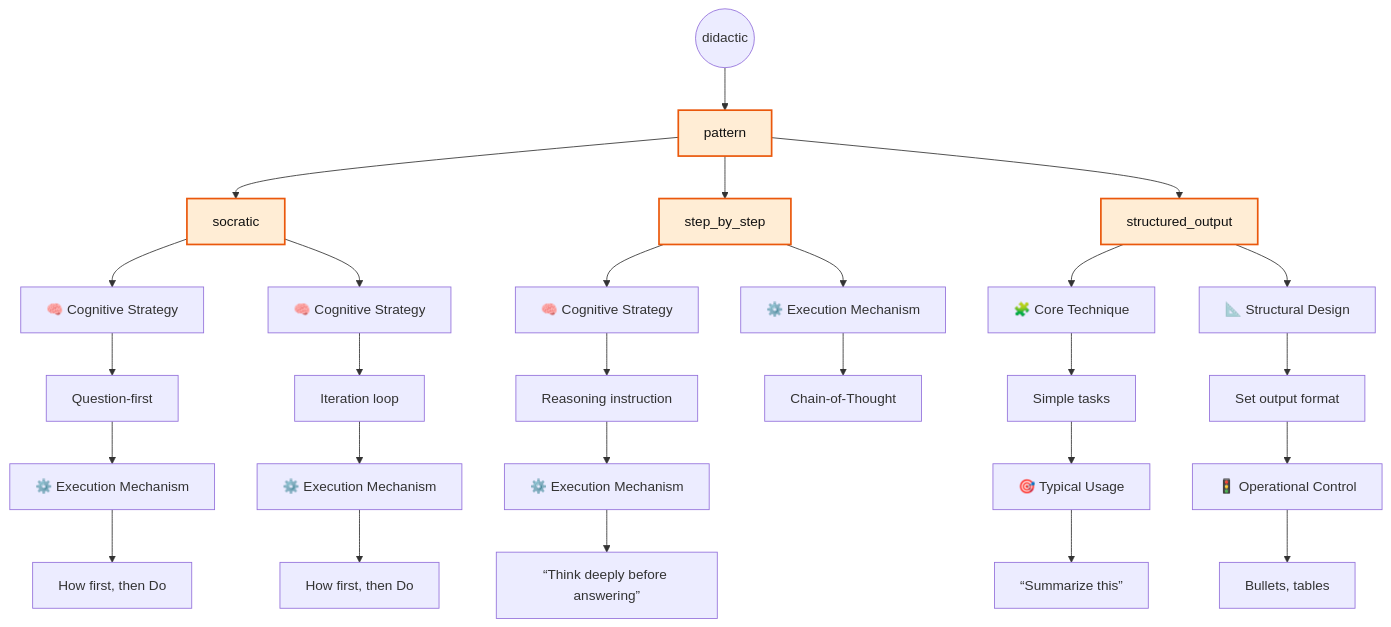
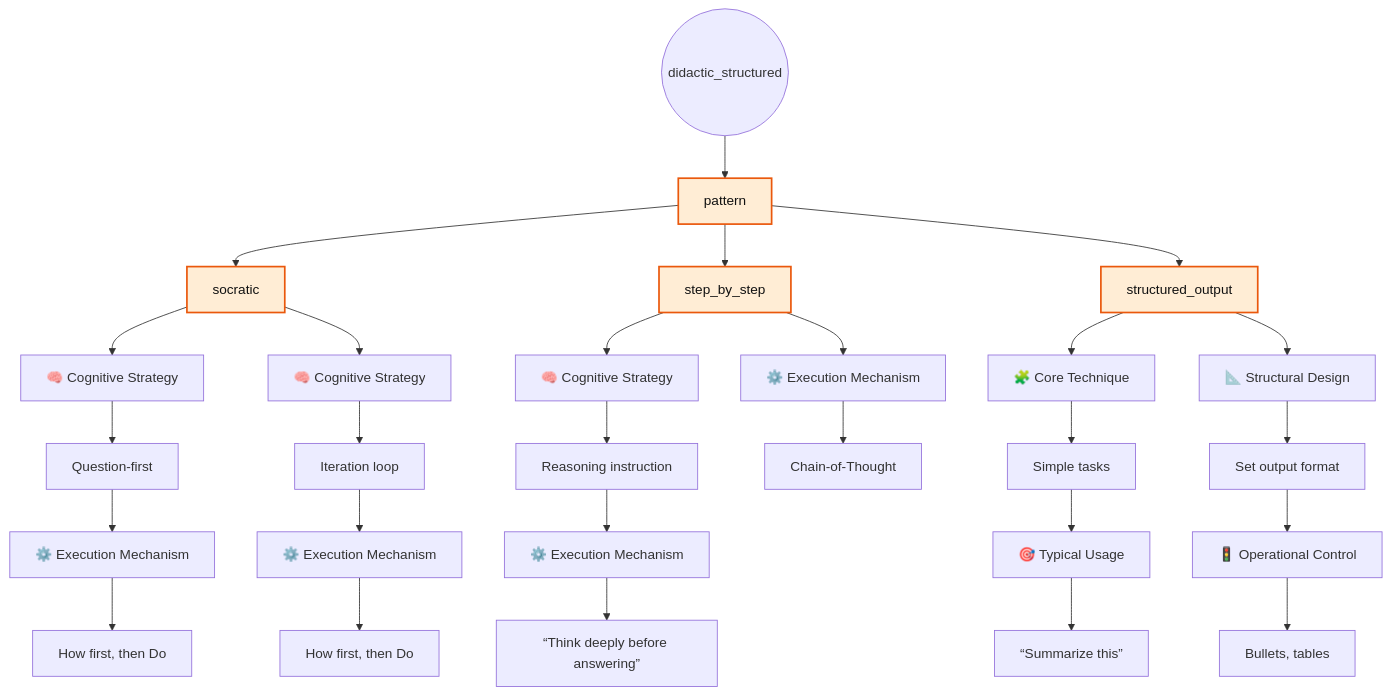
Before and after one commit to perfectCoder-dev/Ai-promt-en: the second of 2 diagrams in docs/prompts/pattern_groups/default_pattern_groups.md, drawn with Mermaid.

Commit message:
Correct main node name.

````diff
--- a/docs/prompts/pattern_groups/default_pattern_groups.md
+++ b/docs/prompts/pattern_groups/default_pattern_groups.md
@@ -112,44 +112,44 @@
 ```mermaid
 flowchart TD
 
-A((didactic))
+A((didactic_structured))
 
 A --> B[pattern]
 B --> C[socratic]
 C --> D[🧠 Cognitive Strategy]
 D --> E[Question-first]
 E --> F[⚙️ Execution Mechanism]
 F --> G[How first, then Do]
 
 C --> H[🧠 Cognitive Strategy]
 H --> I[Iteration loop]
 I --> J[⚙️ Execution Mechanism]
 J --> K[How first, then Do]
 
 B --> L[step_by_step]
 L --> M[🧠 Cognitive Strategy]
 M --> O[Reasoning instruction]
 O --> P[⚙️ Execution Mechanism]
 P --> Q[“Think deeply before answering”]
 
 L --> R[⚙️ Execution Mechanism]
 R --> S[Chain-of-Thought]
 
 B --> T[structured_output]
 T --> U[🧩 Core Technique]
 U --> V[Simple tasks]
 V --> W[🎯 Typical Usage]
 W --> X[“Summarize this”]
 
 T --> Y[📐 Structural Design]
 Y --> Z[Set output format]
 Z --> AA[🚦 Operational Control]
 AA --> BB[Bullets, tables]
 
 %% Color definitions
 classDef pattern fill:#ffedd5,stroke:#ea580c,stroke-width:2px,color:#111;
 
 %% Apply colors
 class B,C,L,T pattern
 
 ```
````
